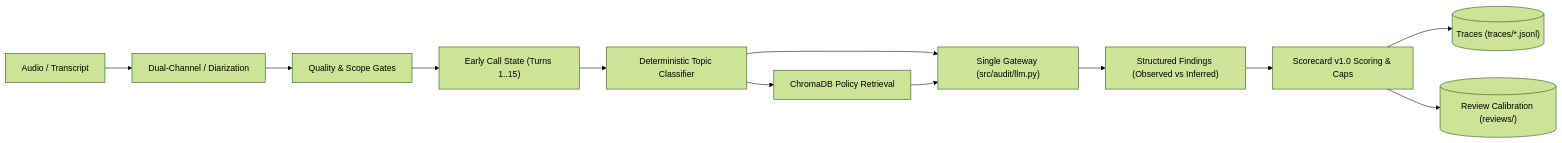
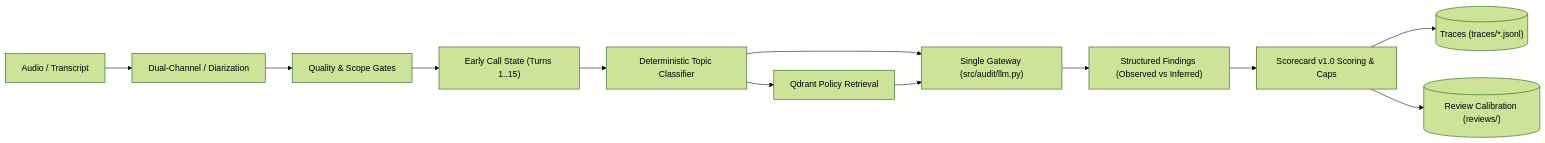
Before and after one commit to mdsaqib0413/conversational-quality-audit-agent: the diagram in APPROACH.md, drawn with Mermaid (forest theme). The commit also changed other lines of this file and 3 other files, not shown here.

Commit message:
docs: replace ChromaDB with Qdrant vector store across docs and diagrams

````diff
--- a/APPROACH.md
+++ b/APPROACH.md
@@ -23,14 +23,14 @@
 ```mermaid
 graph LR
     Audio["Audio / Transcript"] --> DualMono["Dual-Channel / Diarization"]
     DualMono --> QGate["Quality & Scope Gates"]
     QGate --> CallState["Early Call State (Turns 1..15)"]
     CallState --> DetTopic["Deterministic Topic Classifier"]
-    DetTopic --> RAG["ChromaDB Policy Retrieval"]
+    DetTopic --> RAG["Qdrant Policy Retrieval"]
     DetTopic --> Gateway["Single Gateway (src/audit/llm.py)"]
     RAG --> Gateway
     Gateway --> Findings["Structured Findings (Observed vs Inferred)"]
     Findings --> Scorecard["Scorecard v1.0 Scoring & Caps"]
     Scorecard --> TraceStore[("Traces (traces/*.jsonl)")]
     Scorecard --> ReviewStore[("Review Calibration (reviews/)")]
 ```
````
